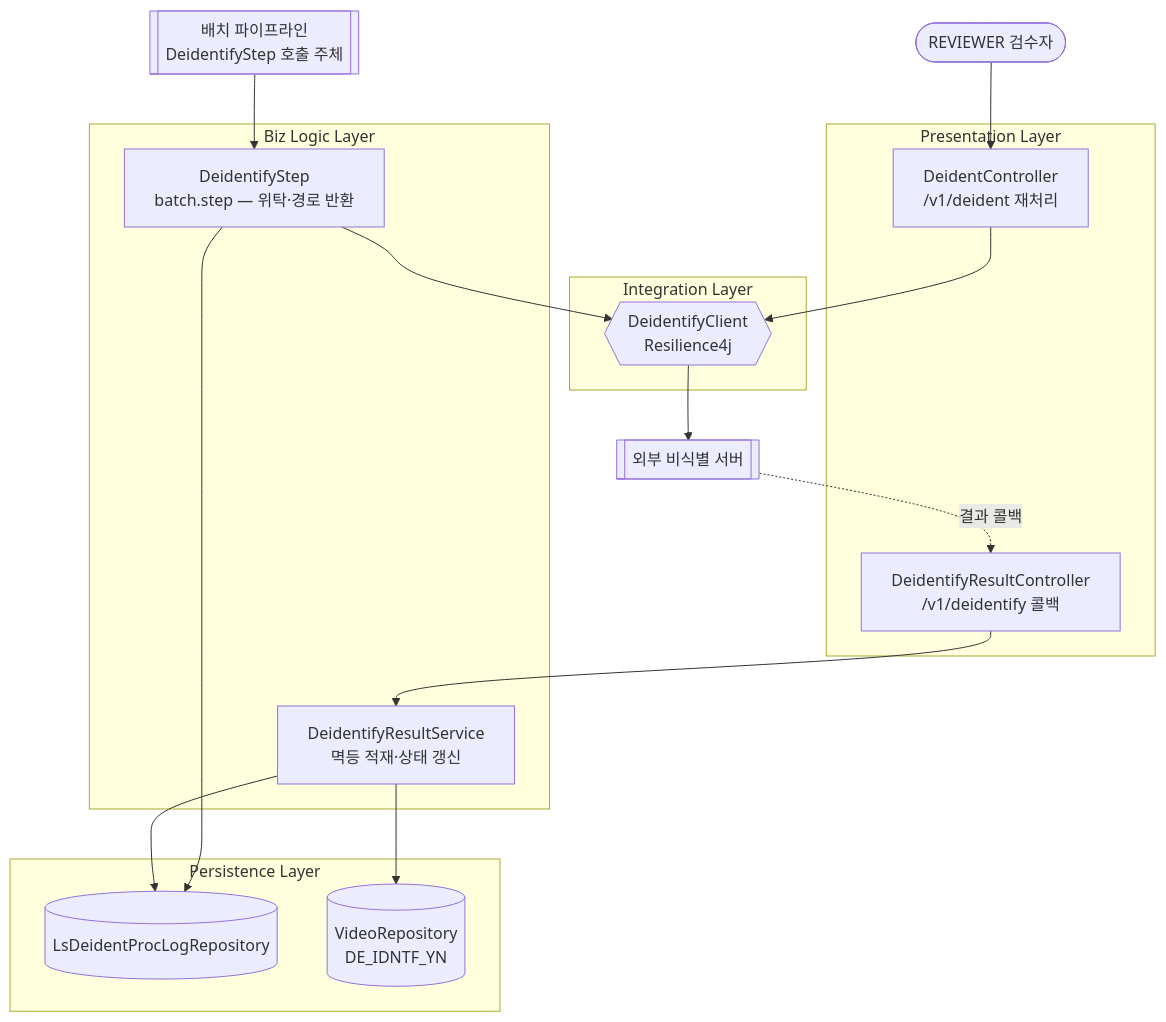
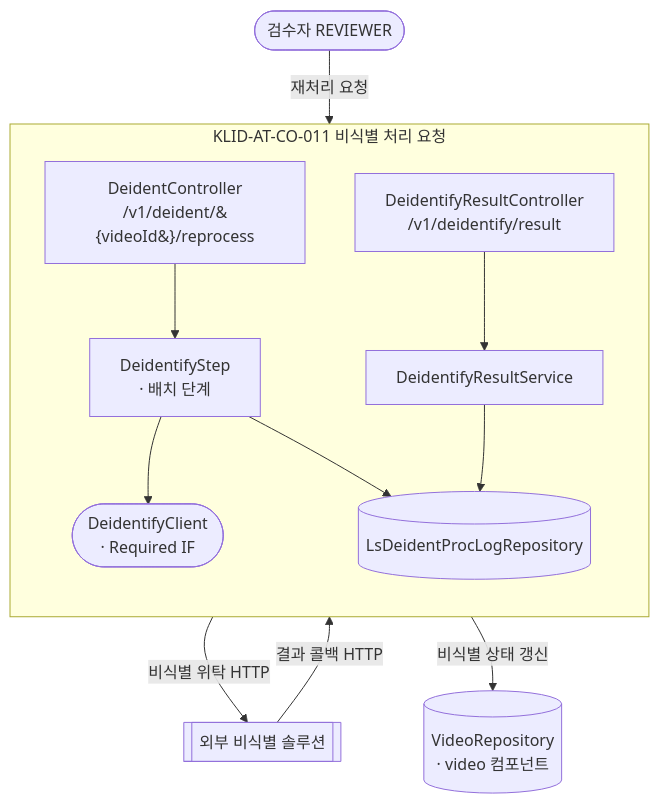
Diagram 11 of 13 in docs/design/D3-컴포넌트설계서.md (New-stella/klid-label), drawn with Mermaid before and after one commit. The commit also changed other lines of this file and 6 other files, not shown here.

````diff
--- a/docs/design/D3-컴포넌트설계서.md
+++ b/docs/design/D3-컴포넌트설계서.md
@@ -401,33 +291,24 @@
 ```mermaid
-flowchart TB
-  REVIEWER([REVIEWER 검수자])
-  DEID[["외부 비식별 서버"]]
-  BATCH[["배치 파이프라인<br/>DeidentifyStep 호출 주체"]]
-
-  subgraph Presentation [Presentation Layer]
-    DeidCtrl[DeidentController<br/>/v1/deident 재처리]
-    DeidResCtrl[DeidentifyResultController<br/>/v1/deidentify 콜백]
-  end
-  subgraph Biz [Biz Logic Layer]
-    DeidStep[DeidentifyStep<br/>batch.step — 위탁·경로 반환]
-    DeidResSvc[DeidentifyResultService<br/>멱등 적재·상태 갱신]
-  end
-  subgraph Persistence [Persistence Layer]
-    ProcLogRepo[(LsDeidentProcLogRepository)]
-    VidRepo[(VideoRepository<br/>DE_IDNTF_YN)]
-  end
-  subgraph Integration [Integration Layer]
-    DeidClient{{DeidentifyClient<br/>Resilience4j}}
-  end
-
-  BATCH --> DeidStep
-  REVIEWER --> DeidCtrl
-  DeidCtrl --> DeidClient
-  DeidStep --> DeidClient
-  DeidStep --> ProcLogRepo
-  DeidClient --> DEID
-  DEID -.결과 콜백.-> DeidResCtrl
-  DeidResCtrl --> DeidResSvc
-  DeidResSvc --> ProcLogRepo
-  DeidResSvc --> VidRepo
+flowchart TD
+    REVIEWER([검수자 REVIEWER])
+    DEEXT[[외부 비식별 솔루션]]
+    subgraph CO011[KLID-AT-CO-011 비식별 처리 요청]
+        direction TB
+        DC[DeidentController<br/>/v1/deident/&#123;videoId&#125;/reprocess]
+        DS[DeidentifyStep<br/>· 배치 단계]
+        DRC[DeidentifyResultController<br/>/v1/deidentify/result]
+        DRS[DeidentifyResultService]
+        DC2([DeidentifyClient<br/>· Required IF])
+        LDPL[(LsDeidentProcLogRepository)]
+        DC --> DS
+        DS --> DC2
+        DS --> LDPL
+        DRC --> DRS
+        DRS --> LDPL
+    end
+    VR[(VideoRepository<br/>· video 컴포넌트)]
+    REVIEWER -->|재처리 요청| DC
+    DC2 -->|비식별 위탁 HTTP| DEEXT
+    DEEXT -->|결과 콜백 HTTP| DRC
+    DRS -->|비식별 상태 갱신| VR
 ```
````
